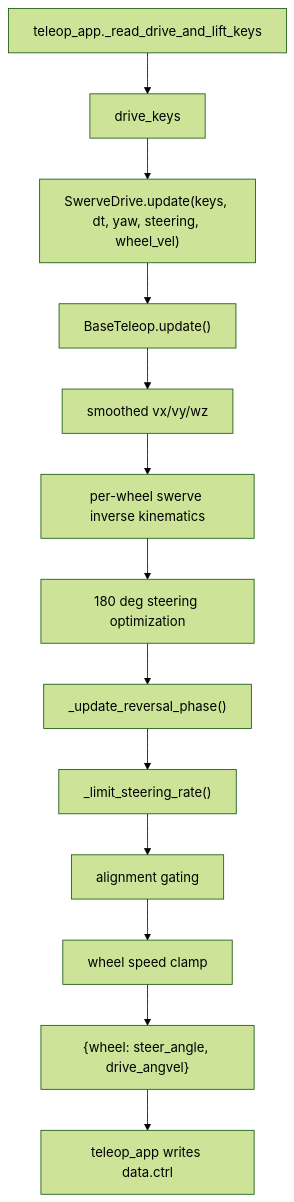
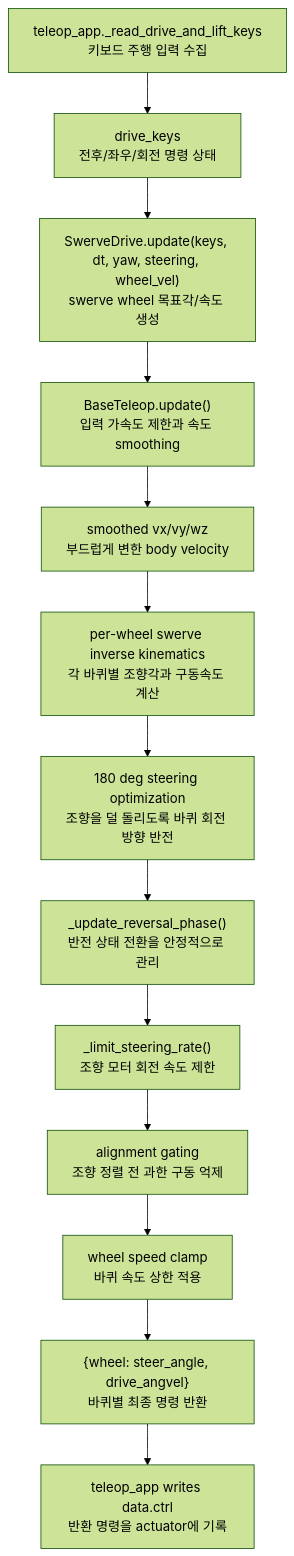
The diagram in docs/guide/base_teleop.md (ggh-png/ffw-sh5-grasp), drawn with Mermaid (forest theme) before and after one commit. The commit also changed 9 other files, not shown here.

Commit message:
Improve docs diagrams and add project link

````diff
--- a/docs/guide/base_teleop.md
+++ b/docs/guide/base_teleop.md
@@ -30,15 +30,15 @@
 ```mermaid
 flowchart TD
-    A["teleop_app._read_drive_and_lift_keys"] --> B["drive_keys"]
-    B --> C["SwerveDrive.update(keys, dt, yaw, steering, wheel_vel)"]
-    C --> D["BaseTeleop.update()"]
-    D --> E["smoothed vx/vy/wz"]
-    E --> F["per-wheel swerve inverse kinematics"]
-    F --> G["180 deg steering optimization"]
-    G --> H["_update_reversal_phase()"]
-    H --> I["_limit_steering_rate()"]
-    I --> J["alignment gating"]
-    J --> K["wheel speed clamp"]
-    K --> L["{wheel: steer_angle, drive_angvel}"]
-    L --> M["teleop_app writes data.ctrl"]
+    A["teleop_app._read_drive_and_lift_keys<br>키보드 주행 입력 수집"] --> B["drive_keys<br>전후/좌우/회전 명령 상태"]
+    B --> C["SwerveDrive.update(keys, dt, yaw, steering, wheel_vel)<br>swerve wheel 목표각/속도 생성"]
+    C --> D["BaseTeleop.update()<br>입력 가속도 제한과 속도 smoothing"]
+    D --> E["smoothed vx/vy/wz<br>부드럽게 변한 body velocity"]
+    E --> F["per-wheel swerve inverse kinematics<br>각 바퀴별 조향각과 구동속도 계산"]
+    F --> G["180 deg steering optimization<br>조향을 덜 돌리도록 바퀴 회전 방향 반전"]
+    G --> H["_update_reversal_phase()<br>반전 상태 전환을 안정적으로 관리"]
+    H --> I["_limit_steering_rate()<br>조향 모터 회전 속도 제한"]
+    I --> J["alignment gating<br>조향 정렬 전 과한 구동 억제"]
+    J --> K["wheel speed clamp<br>바퀴 속도 상한 적용"]
+    K --> L["{wheel: steer_angle, drive_angvel}<br>바퀴별 최종 명령 반환"]
+    L --> M["teleop_app writes data.ctrl<br>반환 명령을 actuator에 기록"]
 ```
````
